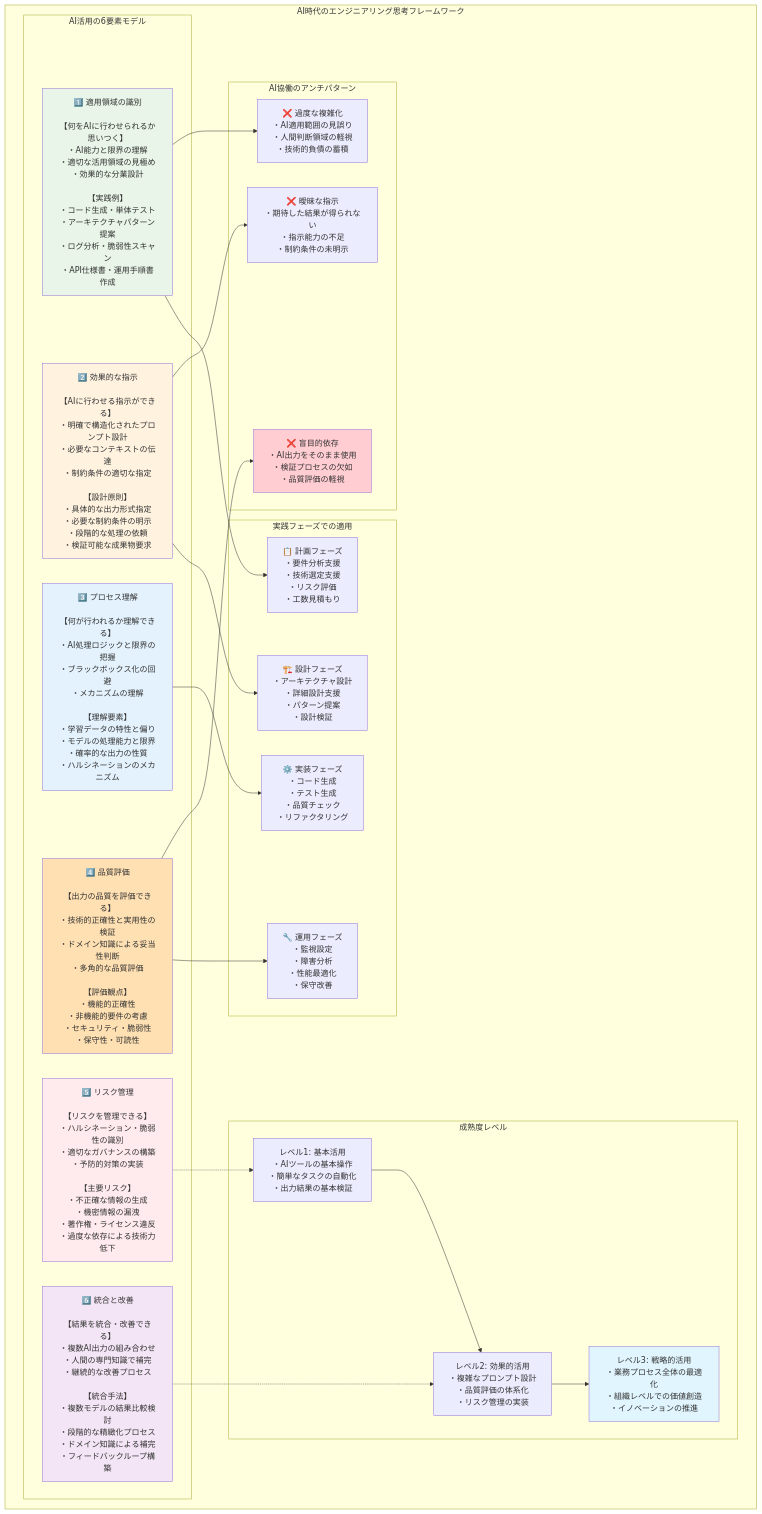
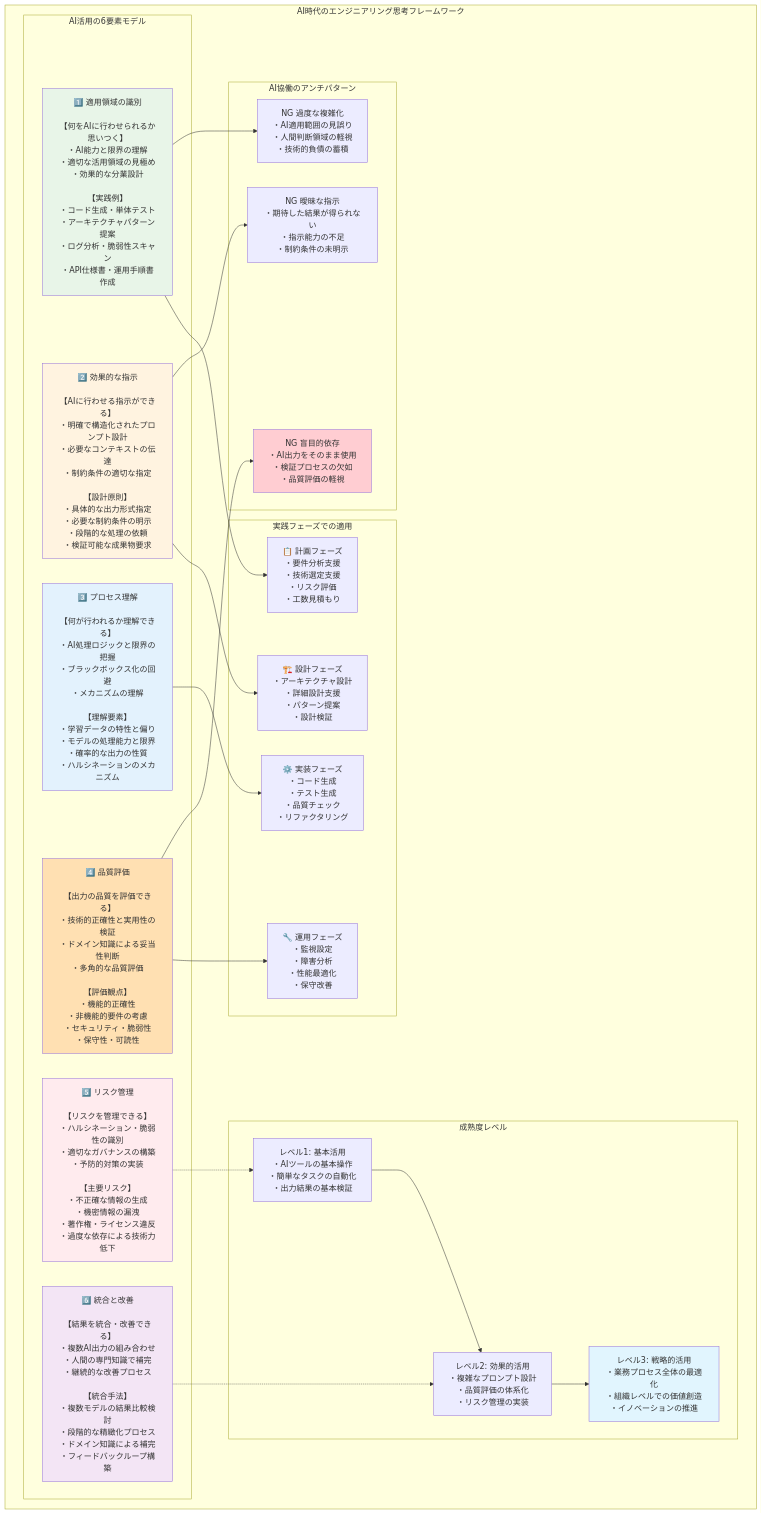
One commit to itdojp/ai-era-engineers-mind-book changed the second of 2 diagrams in docs/chapters/chapter-01/index.md. Above: the diagram before and after it, drawn with Mermaid. The commit also changed 1 other file, not shown here.

Commit message:
docs: ライセンス表記とMermaidラベルを正規化 (#118)

````diff
--- a/docs/chapters/chapter-01/index.md
+++ b/docs/chapters/chapter-01/index.md
@@ -324,66 +324,66 @@
 ```mermaid
 graph TB
     subgraph "AI時代のエンジニアリング思考フレームワーク"
         subgraph "AI活用の6要素モデル"
             Element1[1️⃣ 適用領域の識別<br/><br/>【何をAIに行わせられるか思いつく】<br/>・AI能力と限界の理解<br/>・適切な活用領域の見極め<br/>・効果的な分業設計<br/><br/>【実践例】<br/>・コード生成・単体テスト<br/>・アーキテクチャパターン提案<br/>・ログ分析・脆弱性スキャン<br/>・API仕様書・運用手順書作成]
             
             Element2[2️⃣ 効果的な指示<br/><br/>【AIに行わせる指示ができる】<br/>・明確で構造化されたプロンプト設計<br/>・必要なコンテキストの伝達<br/>・制約条件の適切な指定<br/><br/>【設計原則】<br/>・具体的な出力形式指定<br/>・必要な制約条件の明示<br/>・段階的な処理の依頼<br/>・検証可能な成果物要求]
             
             Element3[3️⃣ プロセス理解<br/><br/>【何が行われるか理解できる】<br/>・AI処理ロジックと限界の把握<br/>・ブラックボックス化の回避<br/>・メカニズムの理解<br/><br/>【理解要素】<br/>・学習データの特性と偏り<br/>・モデルの処理能力と限界<br/>・確率的な出力の性質<br/>・ハルシネーションのメカニズム]
             
             Element4[4️⃣ 品質評価<br/><br/>【出力の品質を評価できる】<br/>・技術的正確性と実用性の検証<br/>・ドメイン知識による妥当性判断<br/>・多角的な品質評価<br/><br/>【評価観点】<br/>・機能的正確性<br/>・非機能的要件の考慮<br/>・セキュリティ・脆弱性<br/>・保守性・可読性]
             
             Element5[5️⃣ リスク管理<br/><br/>【リスクを管理できる】<br/>・ハルシネーション・脆弱性の識別<br/>・適切なガバナンスの構築<br/>・予防的対策の実装<br/><br/>【主要リスク】<br/>・不正確な情報の生成<br/>・機密情報の漏洩<br/>・著作権・ライセンス違反<br/>・過度な依存による技術力低下]
             
             Element6[6️⃣ 統合と改善<br/><br/>【結果を統合・改善できる】<br/>・複数AI出力の組み合わせ<br/>・人間の専門知識で補完<br/>・継続的な改善プロセス<br/><br/>【統合手法】<br/>・複数モデルの結果比較検討<br/>・段階的な精緻化プロセス<br/>・ドメイン知識による補完<br/>・フィードバックループ構築]
         end
         
         subgraph "実践フェーズでの適用"
             Planning[📋 計画フェーズ<br/>・要件分析支援<br/>・技術選定支援<br/>・リスク評価<br/>・工数見積もり]
             
             Design[🏗️ 設計フェーズ<br/>・アーキテクチャ設計<br/>・詳細設計支援<br/>・パターン提案<br/>・設計検証]
             
             Implementation[⚙️ 実装フェーズ<br/>・コード生成<br/>・テスト生成<br/>・品質チェック<br/>・リファクタリング]
             
             Operation[🔧 運用フェーズ<br/>・監視設定<br/>・障害分析<br/>・性能最適化<br/>・保守改善]
         end
         
         subgraph "成熟度レベル"
             Level1[レベル1: 基本活用<br/>・AIツールの基本操作<br/>・簡単なタスクの自動化<br/>・出力結果の基本検証]
             
             Level2[レベル2: 効果的活用<br/>・複雑なプロンプト設計<br/>・品質評価の体系化<br/>・リスク管理の実装]
             
             Level3[レベル3: 戦略的活用<br/>・業務プロセス全体の最適化<br/>・組織レベルでの価値創造<br/>・イノベーションの推進]
         end
         
         Element1 --> Planning
         Element2 --> Design
         Element3 --> Implementation
         Element4 --> Operation
         Element5 -.-> Level1
         Element6 -.-> Level2
         
         Level1 --> Level2 --> Level3
         
         subgraph "AI協働のアンチパターン"
-            AntiPattern1[❌ 盲目的依存<br/>・AI出力をそのまま使用<br/>・検証プロセスの欠如<br/>・品質評価の軽視]
+            AntiPattern1[NG 盲目的依存<br/>・AI出力をそのまま使用<br/>・検証プロセスの欠如<br/>・品質評価の軽視]
             
-            AntiPattern2[❌ 曖昧な指示<br/>・期待した結果が得られない<br/>・指示能力の不足<br/>・制約条件の未明示]
+            AntiPattern2[NG 曖昧な指示<br/>・期待した結果が得られない<br/>・指示能力の不足<br/>・制約条件の未明示]
             
-            AntiPattern3[❌ 過度な複雑化<br/>・AI適用範囲の見誤り<br/>・人間判断領域の軽視<br/>・技術的負債の蓄積]
+            AntiPattern3[NG 過度な複雑化<br/>・AI適用範囲の見誤り<br/>・人間判断領域の軽視<br/>・技術的負債の蓄積]
         end
         
         Element4 --> AntiPattern1
         Element2 --> AntiPattern2
         Element1 --> AntiPattern3
     end
     
     style Element1 fill:#e8f5e8
     style Element2 fill:#fff3e0
     style Element3 fill:#e3f2fd
     style Element4 fill:#ffe0b2
     style Element5 fill:#ffebee
     style Element6 fill:#f3e5f5
     style Level3 fill:#e1f5fe
     style AntiPattern1 fill:#ffcdd2
 ```
````
